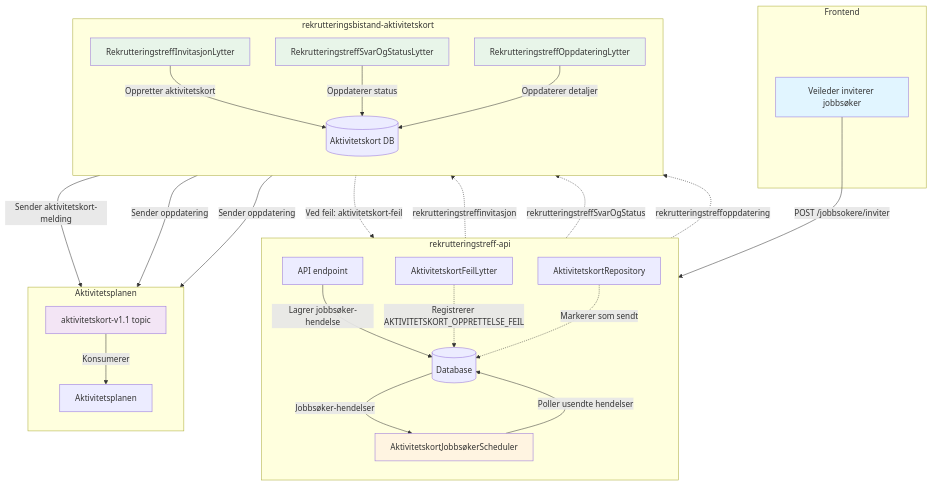
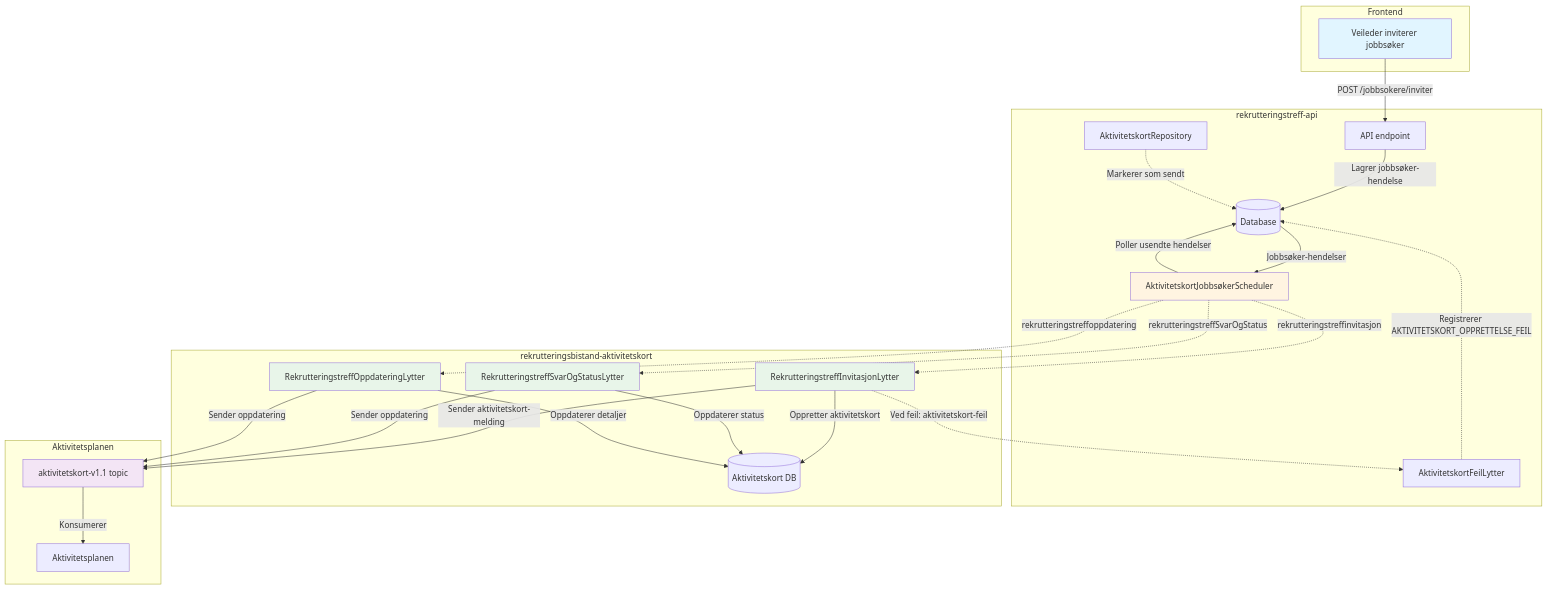
The diagram in docs/4-integrasjoner/aktivitetskort.md (navikt/rekrutteringstreff-backend), drawn with Mermaid before and after one commit.

Commit message:
aktivitetskort dok, gi bedre plass i diagrammet

````diff
--- a/docs/4-integrasjoner/aktivitetskort.md
+++ b/docs/4-integrasjoner/aktivitetskort.md
@@ -11,64 +11,61 @@
 ```mermaid
-flowchart TD
+graph TB
     subgraph Frontend
         UI[Veileder inviterer jobbsøker]
     end
 
     subgraph "rekrutteringstreff-api"
-        direction TB
         API[API endpoint]
         DB[(Database)]
         Scheduler[AktivitetskortJobbsøkerScheduler]
         Repo[AktivitetskortRepository]
         FeilLytter[AktivitetskortFeilLytter]
     end
 
     subgraph "rekrutteringsbistand-aktivitetskort"
-        direction TB
         InvLytter[RekrutteringstreffInvitasjonLytter]
         SvarLytter[RekrutteringstreffSvarOgStatusLytter]
         OppdLytter[RekrutteringstreffOppdateringLytter]
         AktDB[(Aktivitetskort DB)]
     end
 
     subgraph "Aktivitetsplanen"
-        direction TB
         AKTopic[aktivitetskort-v1.1 topic]
         Aktivitetsplan[Aktivitetsplanen]
     end
 
     UI -->|POST /jobbsokere/inviter| API
     API -->|Lagrer jobbsøker-hendelse| DB
 
     Scheduler -->|Poller usendte hendelser| DB
     DB -->|Jobbsøker-hendelser| Scheduler
 
     %% Kafka-flyt (Rapids & Rivers)
     %% Stiplet linje indikerer asynkron kommunikasjon via Kafka
     Scheduler -.->|rekrutteringstreffinvitasjon| InvLytter
     Scheduler -.->|rekrutteringstreffSvarOgStatus| SvarLytter
     Scheduler -.->|rekrutteringstreffoppdatering| OppdLytter
 
     InvLytter -->|Oppretter aktivitetskort| AktDB
     InvLytter -->|Sender aktivitetskort-melding| AKTopic
 
     SvarLytter -->|Oppdaterer status| AktDB
     SvarLytter -->|Sender oppdatering| AKTopic
 
     OppdLytter -->|Oppdaterer detaljer| AktDB
     OppdLytter -->|Sender oppdatering| AKTopic
 
     AKTopic -->|Konsumerer| Aktivitetsplan
 
     InvLytter -.->|Ved feil: aktivitetskort-feil| FeilLytter
     FeilLytter -.->|Registrerer AKTIVITETSKORT_OPPRETTELSE_FEIL| DB
 
     Repo -.->|Markerer som sendt| DB
 
     style UI fill:#e1f5ff
     style Scheduler fill:#fff4e1
     style InvLytter fill:#e8f5e9
     style SvarLytter fill:#e8f5e9
     style OppdLytter fill:#e8f5e9
     style AKTopic fill:#f3e5f5
 ```
````
